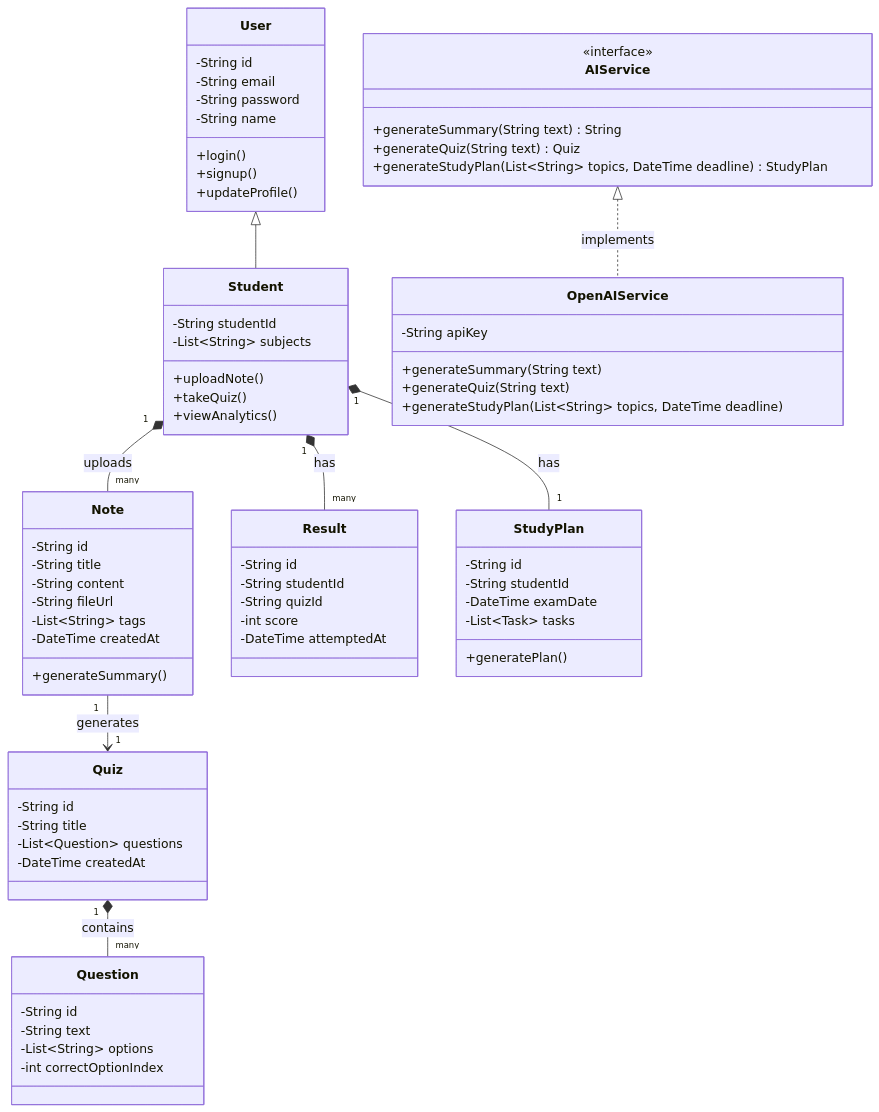
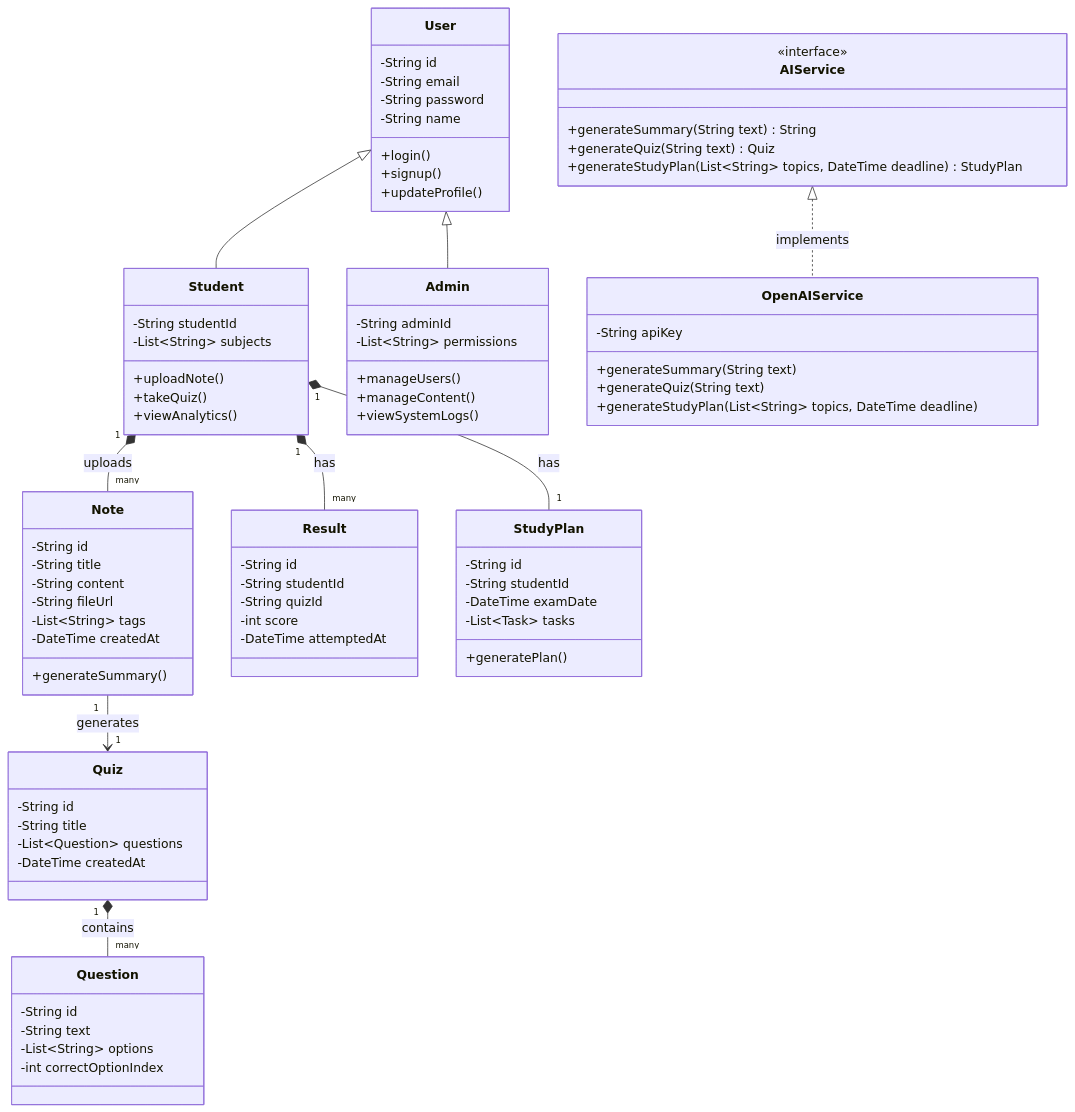
The diagram in classDiagram.md (Sahil5H4RD4/ai-study-companion), drawn with Mermaid before and after one commit.

Commit message:
Update classDiagram.md with Admin class

```diff
--- a/classDiagram.md
+++ b/classDiagram.md
@@ -30,6 +30,14 @@
         +uploadNote()
         +takeQuiz()
         +viewAnalytics()
+    }
+
+    class Admin {
+        -String adminId
+        -List~String~ permissions
+        +manageUsers()
+        +manageContent()
+        +viewSystemLogs()
     }
 
     class Note {
@@ -87,6 +95,7 @@
     }
 
     User <|-- Student
+    User <|-- Admin
     Student "1" *-- "many" Note : uploads
     Student "1" *-- "many" Result : has
     Student "1" *-- "1" StudyPlan : has
```
